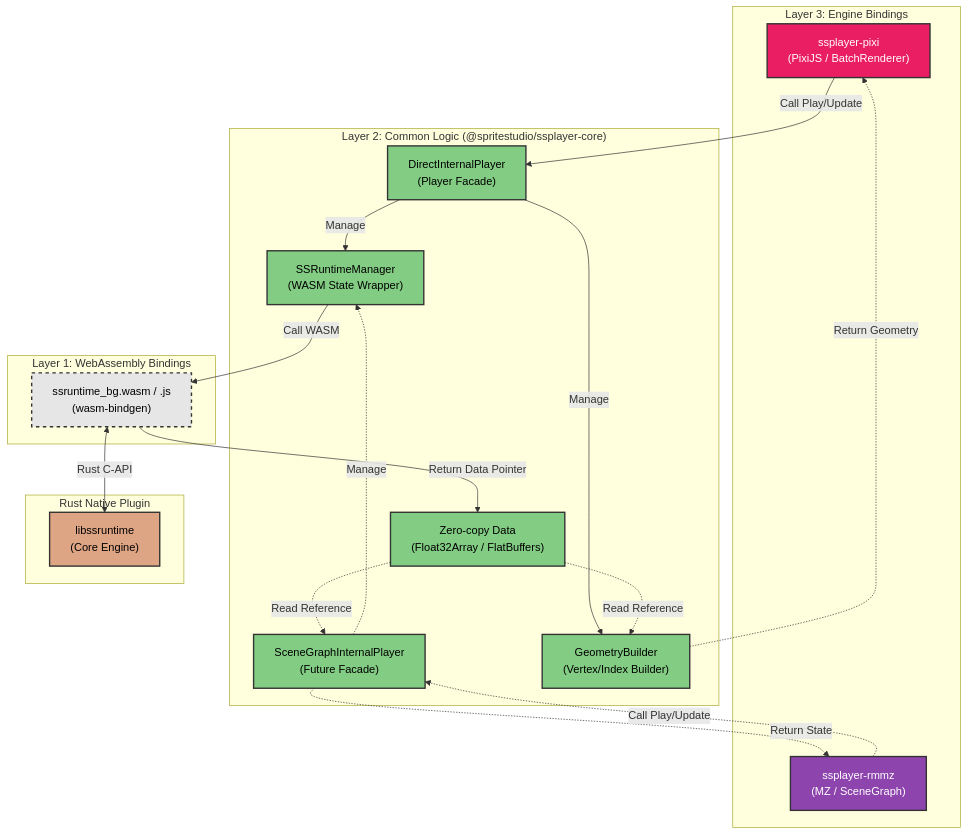
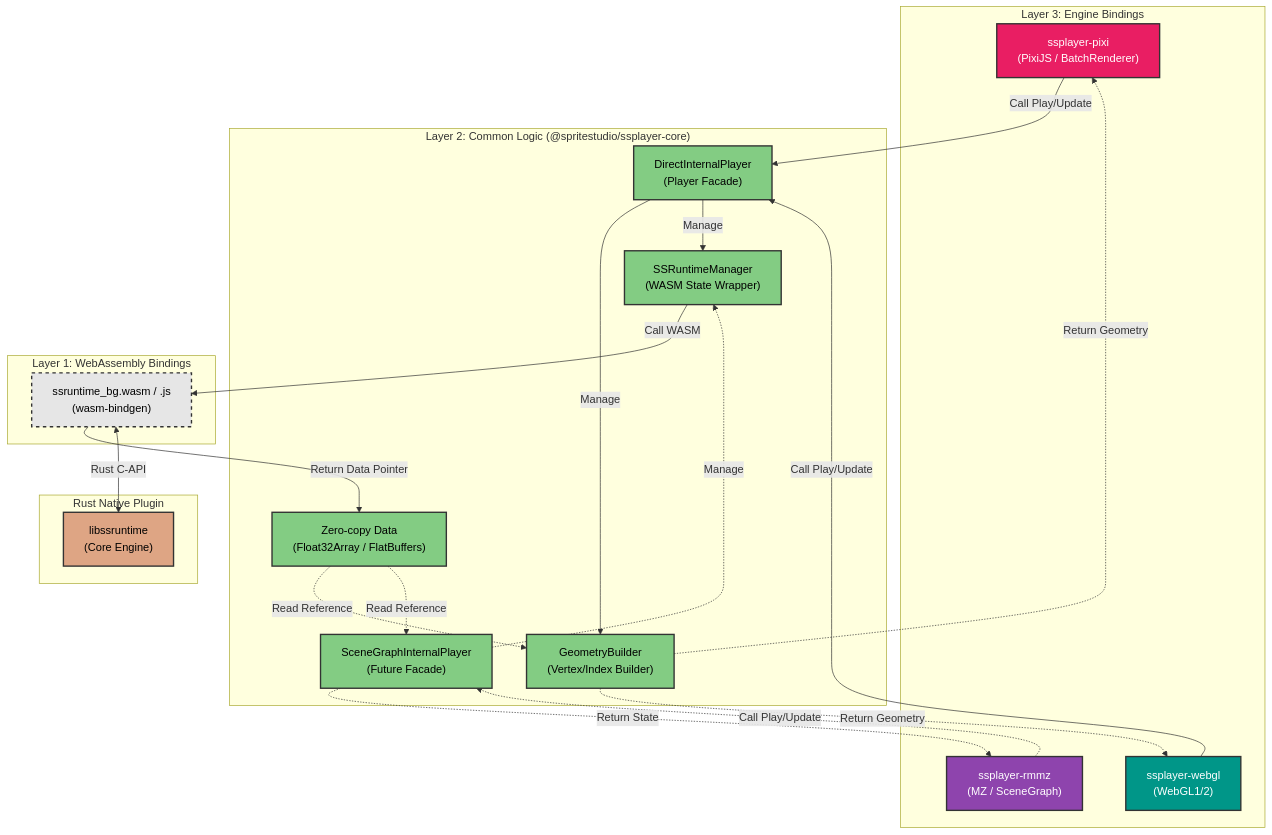
The diagram in README.md (cri-middleware/SSPlayerForWeb), drawn with Mermaid before and after one commit. The commit also changed other lines of this file and 5 other files, not shown here.

First line of the commit message:
docs: Update documentation for ssplayer-webgl and API changes

````diff
--- a/README.md
+++ b/README.md
@@ -59,45 +61,49 @@
 ```mermaid
 graph TD
     classDef rust fill:#dea584,stroke:#333,stroke-width:2px,color:black;
     classDef pixi fill:#e91e63,stroke:#333,stroke-width:2px,color:white;
+    classDef webgl fill:#009688,stroke:#333,stroke-width:2px,color:white;
     classDef rmmz fill:#8e44ad,stroke:#333,stroke-width:2px,color:white;
     classDef core fill:#83cc83,stroke:#333,stroke-width:2px,color:black;
     classDef ffi fill:#e6e6e6,stroke:#333,stroke-width:2px,color:black,stroke-dasharray: 5 5;
 
     subgraph L3 ["Layer 3: Engine Bindings"]
         P1["ssplayer-pixi<br/>(PixiJS / BatchRenderer)"]:::pixi
+        W1["ssplayer-webgl<br/>(WebGL1/2)"]:::webgl
         P2["ssplayer-rmmz<br/>(MZ / SceneGraph)"]:::rmmz
     end
 
     subgraph L2 ["Layer 2: Common Logic (@spritestudio/ssplayer-core)"]
         D1["DirectInternalPlayer<br/>(Player Facade)"]:::core
         S1["SceneGraphInternalPlayer<br/>(Future Facade)"]:::core
         G1["GeometryBuilder<br/>(Vertex/Index Builder)"]:::core
         I1["SSRuntimeManager<br/>(WASM State Wrapper)"]:::core
         J1["Zero-copy Data<br/>(Float32Array / FlatBuffers)"]:::core
     end
 
     subgraph L1 ["Layer 1: WebAssembly Bindings"]
         B1["ssruntime_bg.wasm / .js<br/>(wasm-bindgen)"]:::ffi
     end
 
     subgraph Native ["Rust Native Plugin"]
         R1["libssruntime<br/>(Core Engine)"]:::rust
     end
 
     P1 -->|"Call Play/Update"| D1
+    W1 -->|"Call Play/Update"| D1
     P2 -.->|"Call Play/Update"| S1
     
     D1 -->|"Manage"| G1
     D1 -->|"Manage"| I1
     S1 -.->|"Manage"| I1
     
     I1 -->|"Call WASM"| B1
     B1 -->|"Return Data Pointer"| J1
     
     J1 -.->|"Read Reference"| G1
     G1 -.->|"Return Geometry"| P1
+    G1 -.->|"Return Geometry"| W1
     J1 -.->|"Read Reference"| S1
     S1 -.->|"Return State"| P2
     B1 <-->|"Rust C-API"| R1
 ```
````
